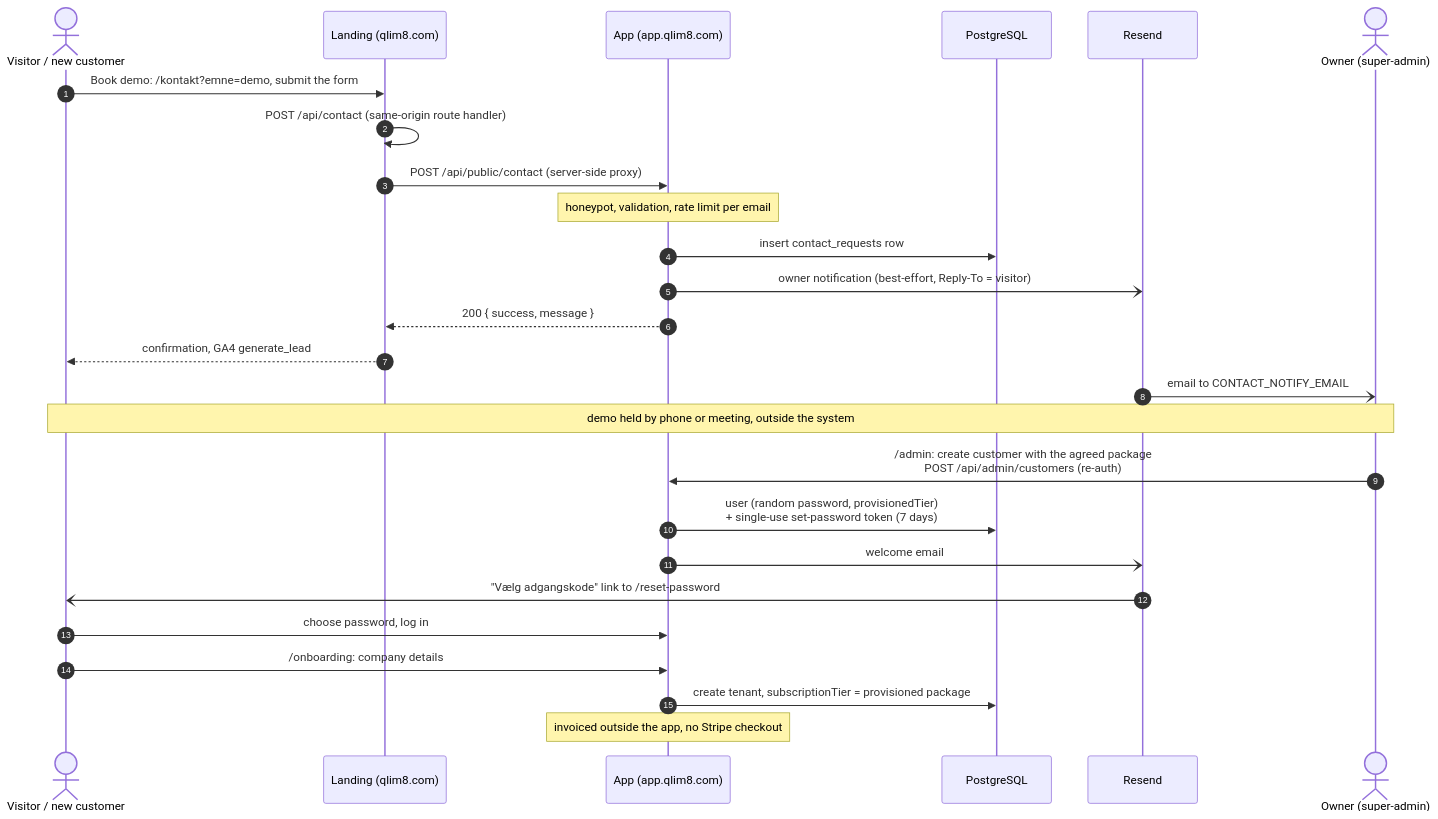
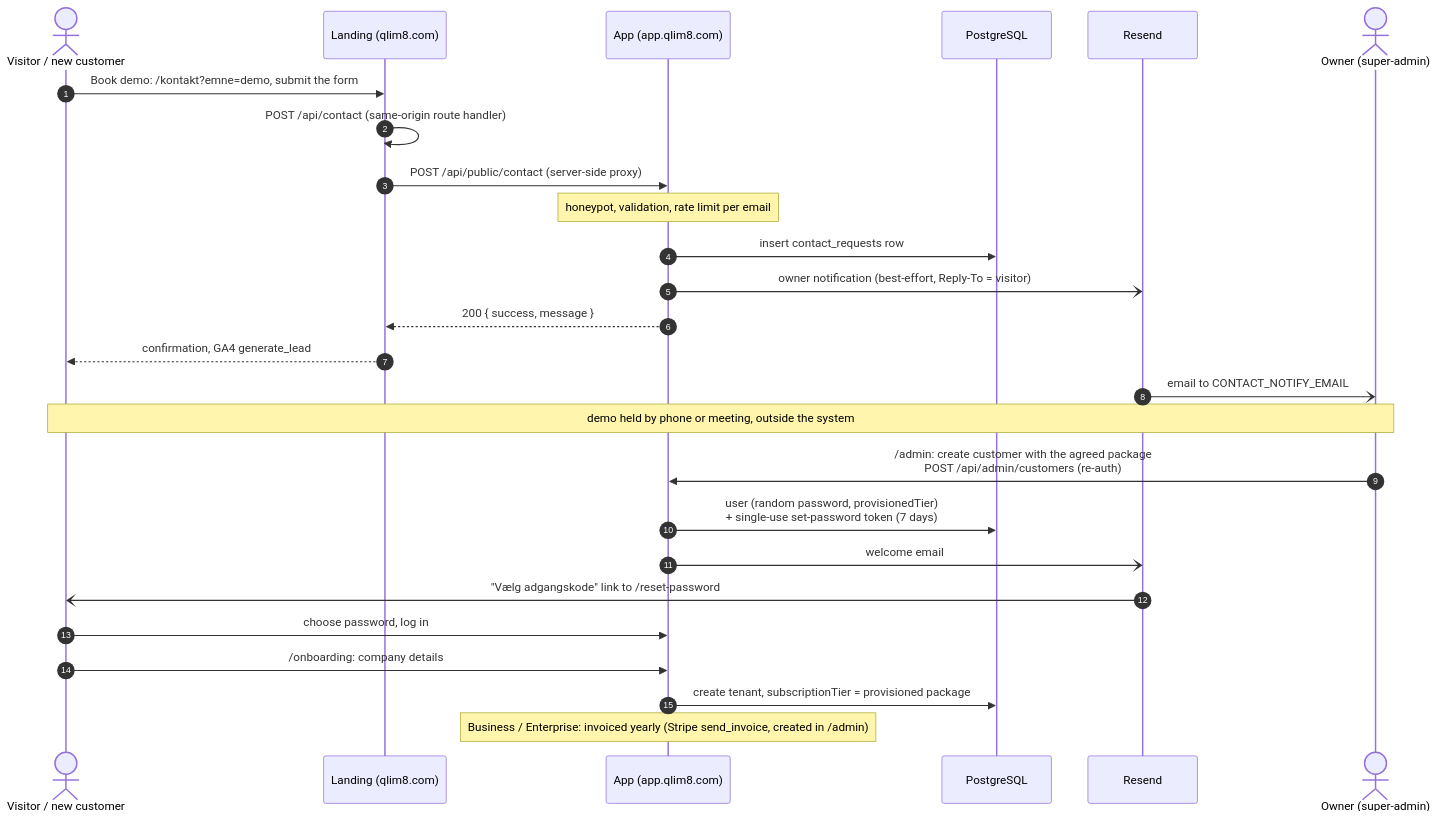
One commit to madsdlund-nielsen/qlim8-landing changed the tenth of 13 diagrams in docs/da/architecture/system-architecture.md. Above: the diagram before and after it, drawn with Mermaid. The commit also changed other lines of this file and 47 other files, not shown here.

````diff
--- a/docs/da/architecture/system-architecture.md
+++ b/docs/da/architecture/system-architecture.md
@@ -638,29 +655,29 @@
 ```mermaid
 sequenceDiagram
   autonumber
   actor V as Visitor / new customer
   participant L as Landing (qlim8.com)
   participant A as App (app.qlim8.com)
   participant DB as PostgreSQL
   participant R as Resend
   actor O as Owner (super-admin)
 
   V->>L: Book demo: /kontakt?emne=demo, submit the form
   L->>L: POST /api/contact (same-origin route handler)
   L->>A: POST /api/public/contact (server-side proxy)
   Note over A: honeypot, validation, rate limit per email
   A->>DB: insert contact_requests row
   A-)R: owner notification (best-effort, Reply-To = visitor)
   A-->>L: 200 { success, message }
   L-->>V: confirmation, GA4 generate_lead
   R-)O: email to CONTACT_NOTIFY_EMAIL
   Note over V,O: demo held by phone or meeting, outside the system
   O->>A: /admin: create customer with the agreed package<br/>POST /api/admin/customers (re-auth)
   A->>DB: user (random password, provisionedTier)<br/>+ single-use set-password token (7 days)
   A-)R: welcome email
   R-)V: "Vælg adgangskode" link to /reset-password
   V->>A: choose password, log in
   V->>A: /onboarding: company details
   A->>DB: create tenant, subscriptionTier = provisioned package
-  Note over A: invoiced outside the app, no Stripe checkout
+  Note over A: Business / Enterprise: invoiced yearly (Stripe send_invoice, created in /admin)
 ```
````
